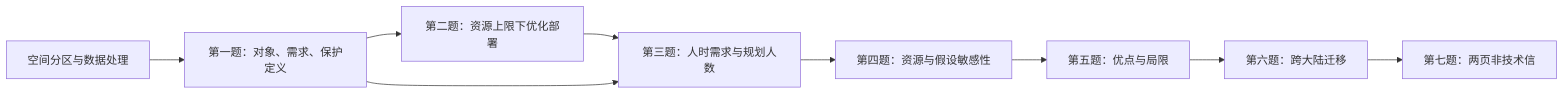
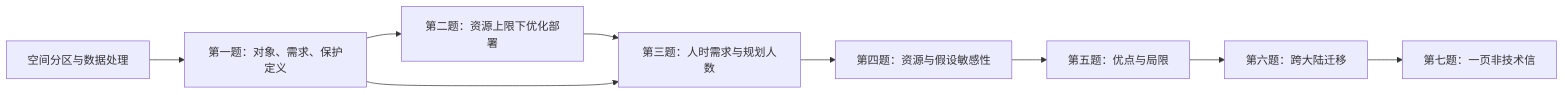
The diagram in docs/整体建模计划.md (kuxiaowo/2026-HiMCM), drawn with Mermaid before and after one commit. The commit also changed other lines of this file and 467 other files, not shown here.

````diff
--- a/docs/整体建模计划.md
+++ b/docs/整体建模计划.md
@@ -19,11 +19,11 @@
 ```mermaid
 flowchart LR
     A[空间分区与数据处理] --> B[第一题：对象、需求、保护定义]
     B --> C[第二题：资源上限下优化部署]
     C --> D[第三题：人时需求与规划人数]
     B --> D
     D --> E[第四题：资源与假设敏感性]
     E --> F[第五题：优点与局限]
     F --> G[第六题：跨大陆迁移]
-    G --> H[第七题：两页非技术信]
+    G --> H[第七题：一页非技术信]
 ```
````
